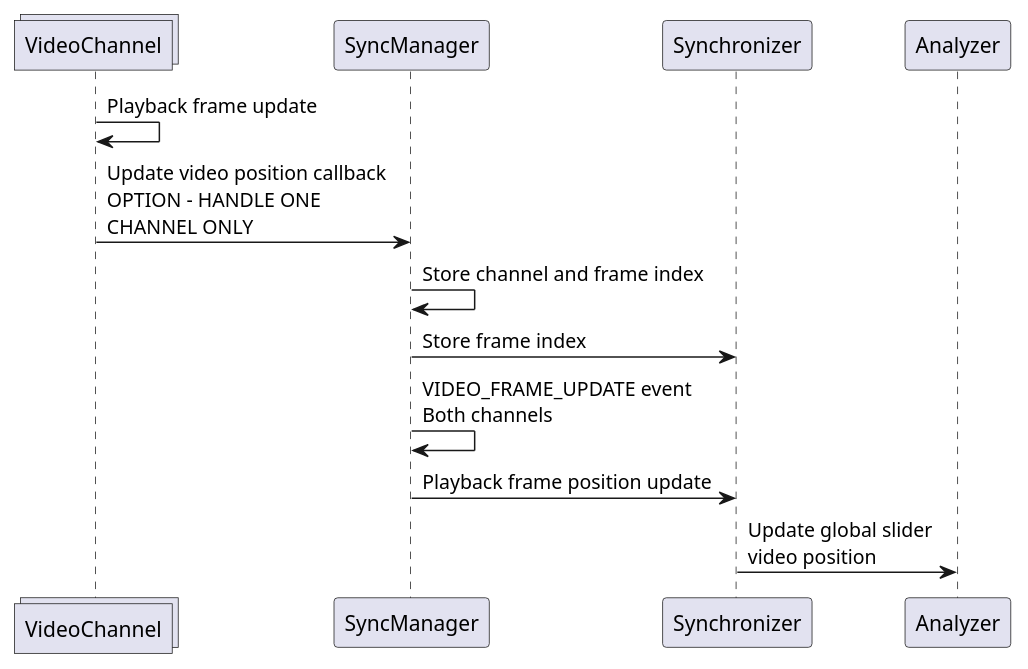
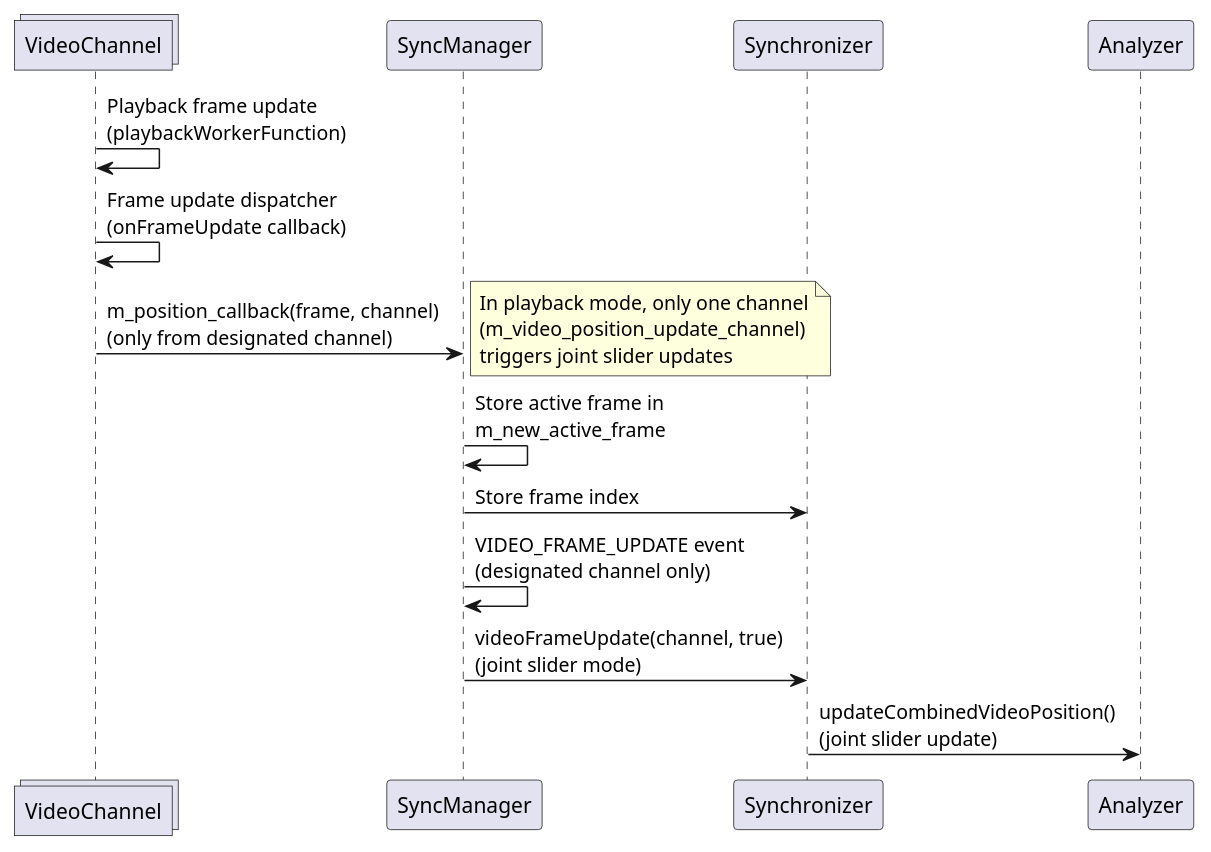
Before and after one commit to timwalsh41/SwingAnalyzer: the fourth of 17 diagrams in design/Scroll bar synchronization.md, drawn with PlantUML. The commit also changed other lines of this file and 5 other files, not shown here.

Commit message:
Revised frame update markdown to reflect recent VideoChannel refactor

````diff
--- a/design/Scroll bar synchronization.md
+++ b/design/Scroll bar synchronization.md
@@ -68,18 +73,20 @@
 ```plantuml
 @startuml
 
 collections VideoChannel
 participant SyncManager
 participant Synchronizer
 participant Analyzer
 
-VideoChannel -> VideoChannel : Playback frame update
-VideoChannel -> SyncManager : Update video position callback\nOPTION - HANDLE ONE\nCHANNEL ONLY
-SyncManager -> SyncManager : Store channel and frame index
+VideoChannel -> VideoChannel : Playback frame update\n(playbackWorkerFunction)
+VideoChannel -> VideoChannel : Frame update dispatcher\n(onFrameUpdate callback)
+VideoChannel -> SyncManager : m_position_callback(frame, channel)\n(only from designated channel)
+note right: In playback mode, only one channel\n(m_video_position_update_channel)\ntriggers joint slider updates
+SyncManager -> SyncManager : Store active frame in\nm_new_active_frame
 SyncManager -> Synchronizer : Store frame index
-SyncManager -> SyncManager : VIDEO_FRAME_UPDATE event\nBoth channels
-SyncManager -> Synchronizer : Playback frame position update
-Synchronizer -> Analyzer : Update global slider\nvideo position
+SyncManager -> SyncManager : VIDEO_FRAME_UPDATE event\n(designated channel only)
+SyncManager -> Synchronizer : videoFrameUpdate(channel, true)\n(joint slider mode)
+Synchronizer -> Analyzer : updateCombinedVideoPosition()\n(joint slider update)
 
 @enduml
 ```
````
